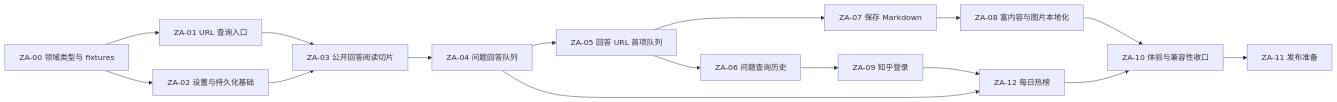
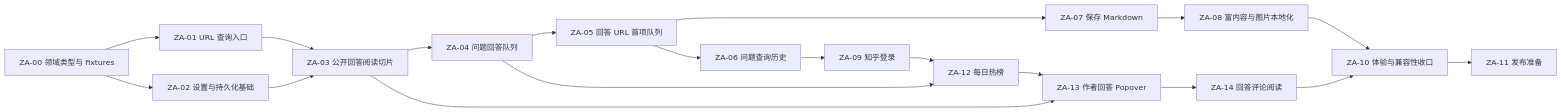
The diagram in docs/IMPLEMENTATION-PLAN.md (iamzay/obsidian-zhihu-reader), drawn with Mermaid before and after one commit. The commit also changed other lines of this file and 23 other files, not shown here.

````diff
--- a/docs/IMPLEMENTATION-PLAN.md
+++ b/docs/IMPLEMENTATION-PLAN.md
@@ -37,18 +39,21 @@
 ```mermaid
 flowchart LR
     T00["ZA-00 领域类型与 fixtures"] --> T01["ZA-01 URL 查询入口"]
     T00 --> T02["ZA-02 设置与持久化基础"]
     T01 --> T03["ZA-03 公开回答阅读切片"]
     T02 --> T03
     T03 --> T04["ZA-04 问题回答队列"]
     T04 --> T05["ZA-05 回答 URL 首项队列"]
     T05 --> T06["ZA-06 问题查询历史"]
     T05 --> T07["ZA-07 保存 Markdown"]
     T07 --> T08["ZA-08 富内容与图片本地化"]
     T06 --> T09["ZA-09 知乎登录"]
     T08 --> T10["ZA-10 体验与兼容性收口"]
     T09 --> T12["ZA-12 每日热榜"]
     T04 --> T12
-    T12 --> T10
+    T12 --> T13["ZA-13 作者回答 Popover"]
+    T03 --> T13
+    T13 --> T14["ZA-14 回答评论阅读"]
+    T14 --> T10
     T10 --> T11["ZA-11 发布准备"]
 ```
````
